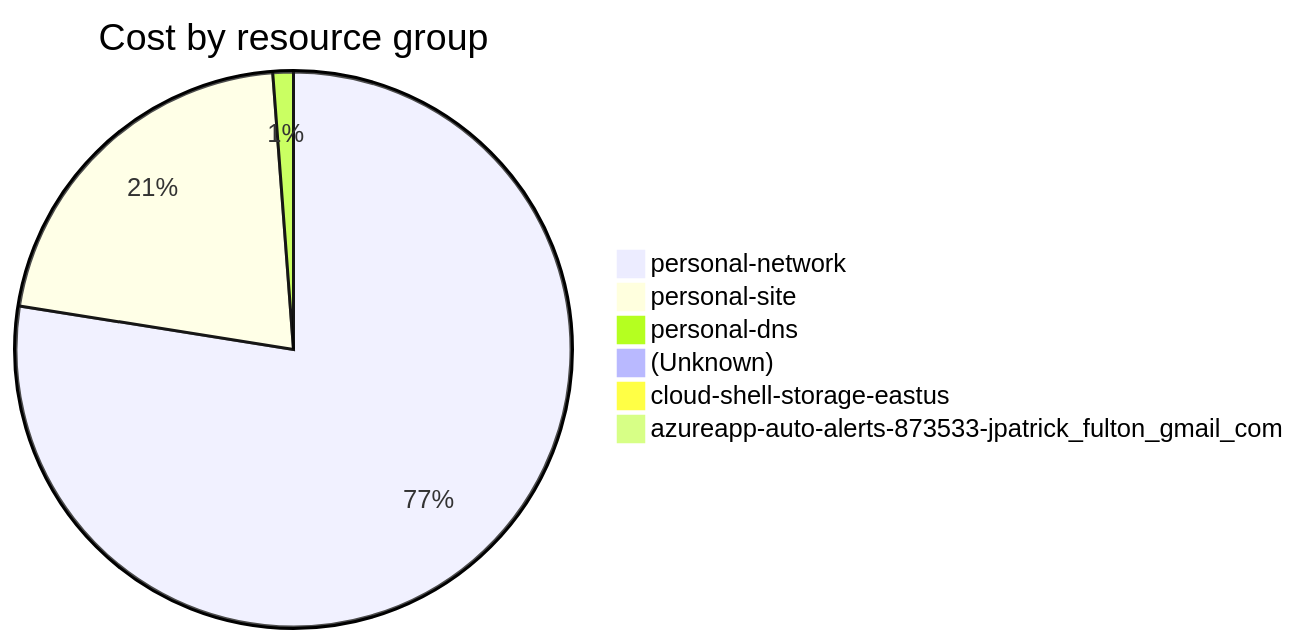
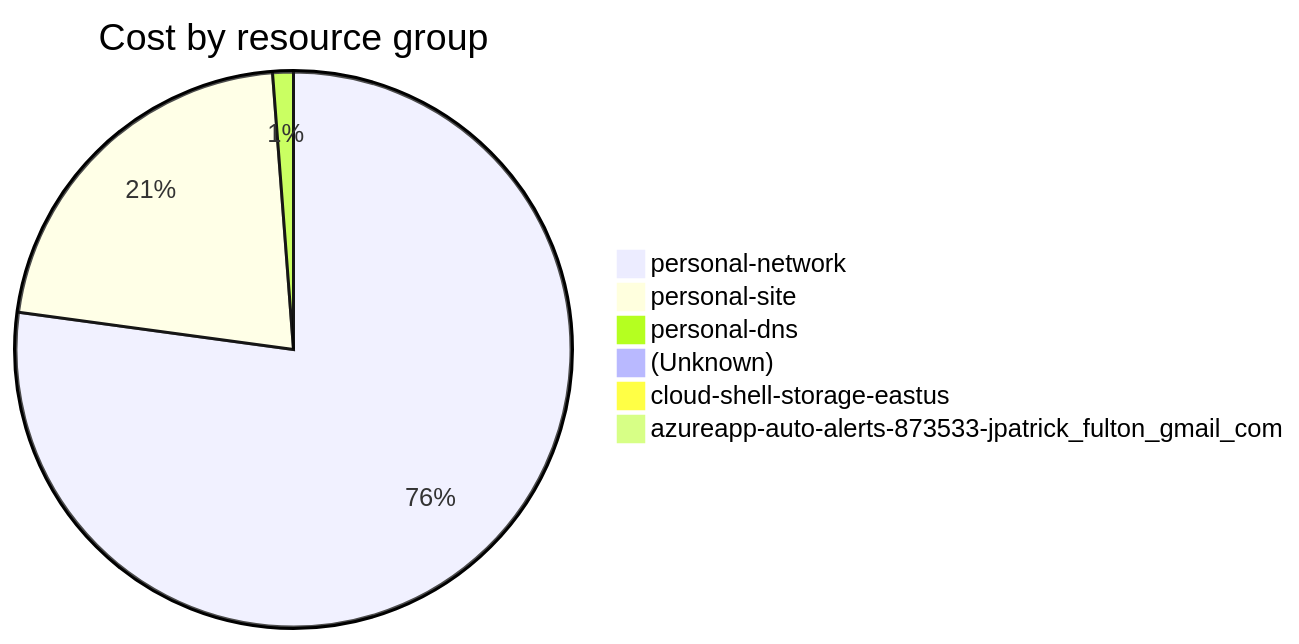
Before and after one commit to jpfulton/azure-personal-reports: the fourth of 4 diagrams in cost-reports/accumulated-cost.md, drawn with Mermaid. The commit also changed other lines of this file and 4 other files, not shown here.

````diff
--- a/cost-reports/accumulated-cost.md
+++ b/cost-reports/accumulated-cost.md
@@ -154,10 +154,10 @@
 ```mermaid
 pie
    title Cost by resource group
-   "personal-network" : 27.95
-   "personal-site" : 7.68
-   "personal-dns" : 0.43
-   "(Unknown)" : 0.31
-   "cloud-shell-storage-eastus" : 0.13
+   "personal-network" : 29.46
+   "personal-site" : 8.27
+   "personal-dns" : 0.46
+   "(Unknown)" : 0.33
+   "cloud-shell-storage-eastus" : 0.15
    "azureapp-auto-alerts-873533-jpatrick_fulton_gmail_com" : 0.00
 ```
````
